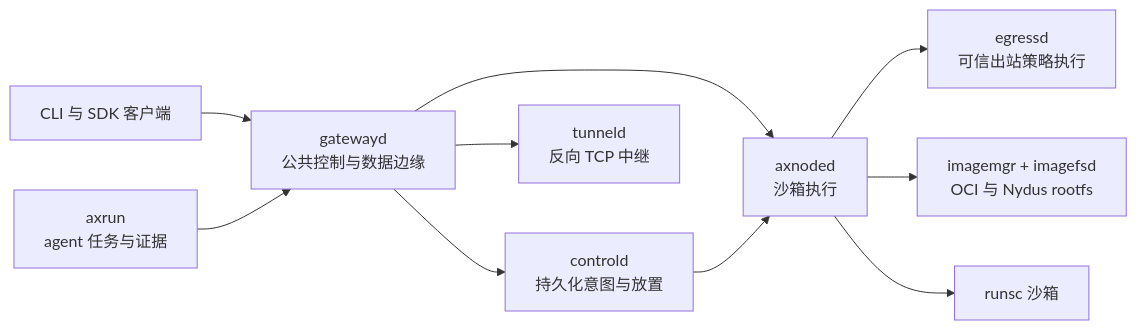
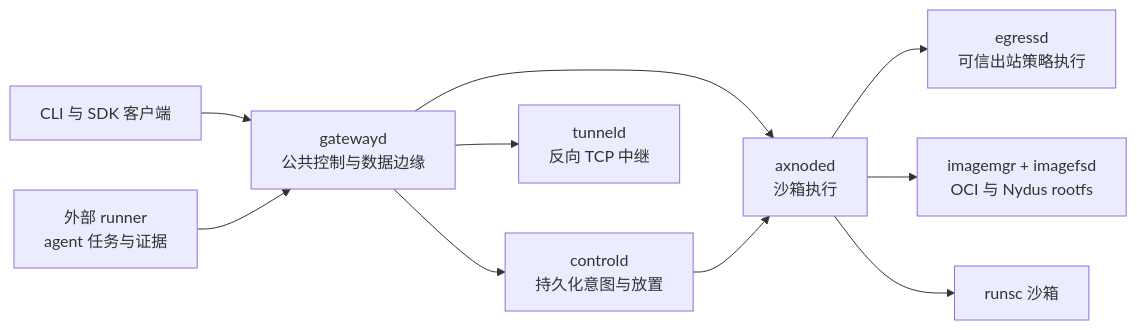
The diagram in README.zh-CN.md (cofy-x/axern), drawn with Mermaid before and after one commit. The commit also changed other lines of this file and 413 other files, not shown here.

````diff
--- a/README.zh-CN.md
+++ b/README.zh-CN.md
@@ -87,12 +86,12 @@
 ```mermaid
 flowchart LR
     Client["CLI 与 SDK 客户端"] --> Gateway["gatewayd\n公共控制与数据边缘"]
     Gateway --> Control["controld\n持久化意图与放置"]
     Gateway --> Tunnel["tunneld\n反向 TCP 中继"]
     Gateway --> Node["axnoded\n沙箱执行"]
     Control --> Node
     Node --> Egress["egressd\n可信出站策略执行"]
     Node --> Image["imagemgr + imagefsd\nOCI 与 Nydus rootfs"]
     Node --> Runtime["runsc 沙箱"]
-    Axrun["axrun\nagent 任务与证据"] --> Gateway
+    Runner["外部 runner\nagent 任务与证据"] --> Gateway
 ```
````
